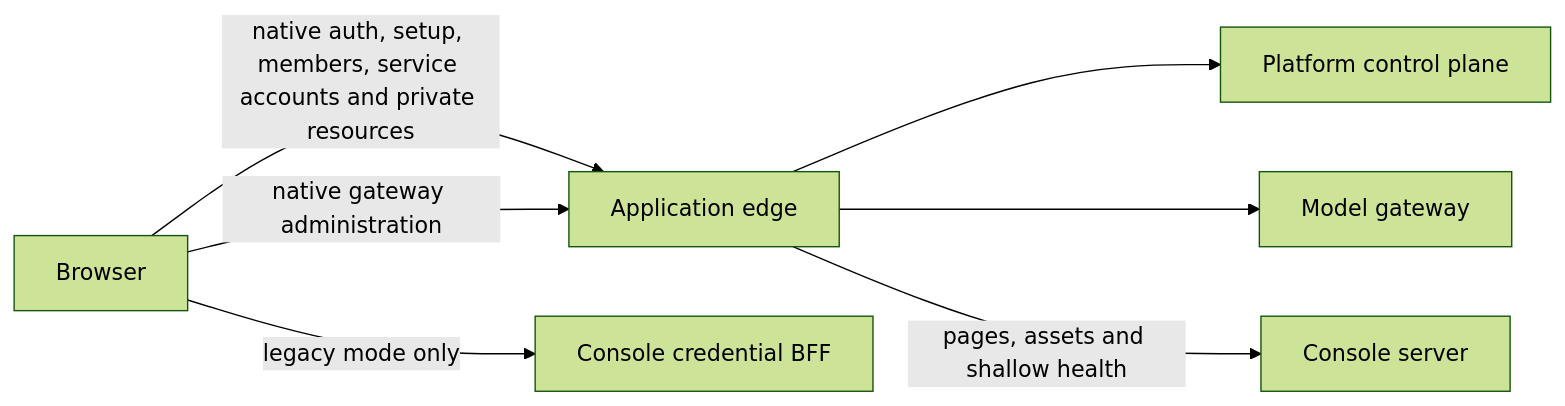
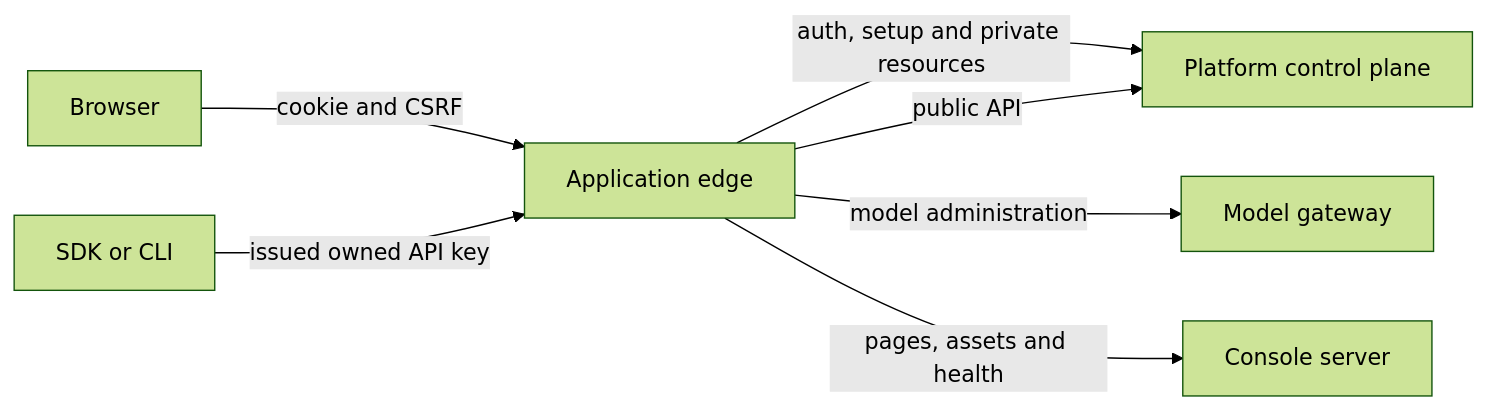
The diagram in README.md (OpenSDLC-Dev/managed-agent-console), drawn with Mermaid (forest theme) before and after one commit. The commit also changed other lines of this file and 238 other files, not shown here.

Commit message:
refactor(auth): retire Console credential proxies and legacy model policies

````diff
--- a/README.md
+++ b/README.md
@@ -20,9 +15,9 @@
 ```mermaid
 flowchart LR
-  Browser -->|native auth, setup, members, service accounts and private resources| Edge[Application edge]
-  Browser -->|native gateway administration| Edge
-  Edge --> Controlplane[Platform control plane]
-  Edge --> Gateway[Model gateway]
-  Edge -->|pages, assets and shallow health| Console[Console server]
-  Browser -->|legacy mode only| BFF[Console credential BFF]
+  Browser -->|cookie and CSRF| Edge[Application edge]
+  Edge -->|auth, setup and private resources| Controlplane[Platform control plane]
+  Edge -->|model administration| Gateway[Model gateway]
+  Edge -->|pages, assets and health| Console[Console server]
+  Client[SDK or CLI] -->|issued owned API key| Edge
+  Edge -->|public API| Controlplane
 ```
````
